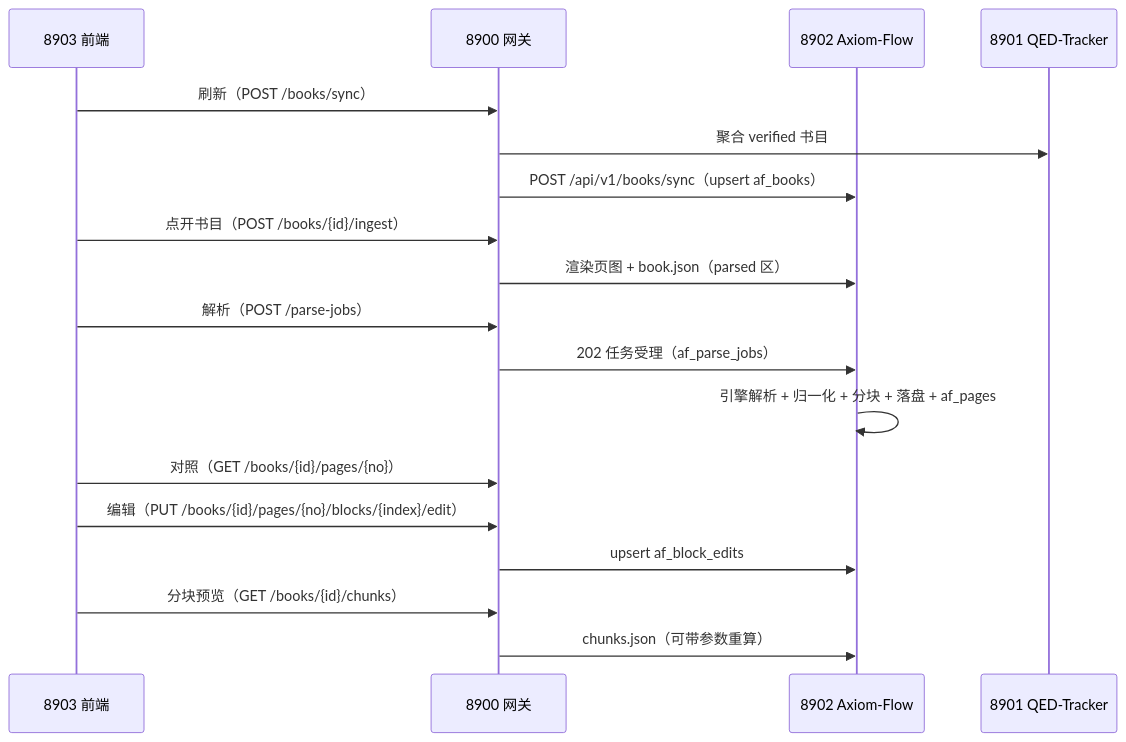
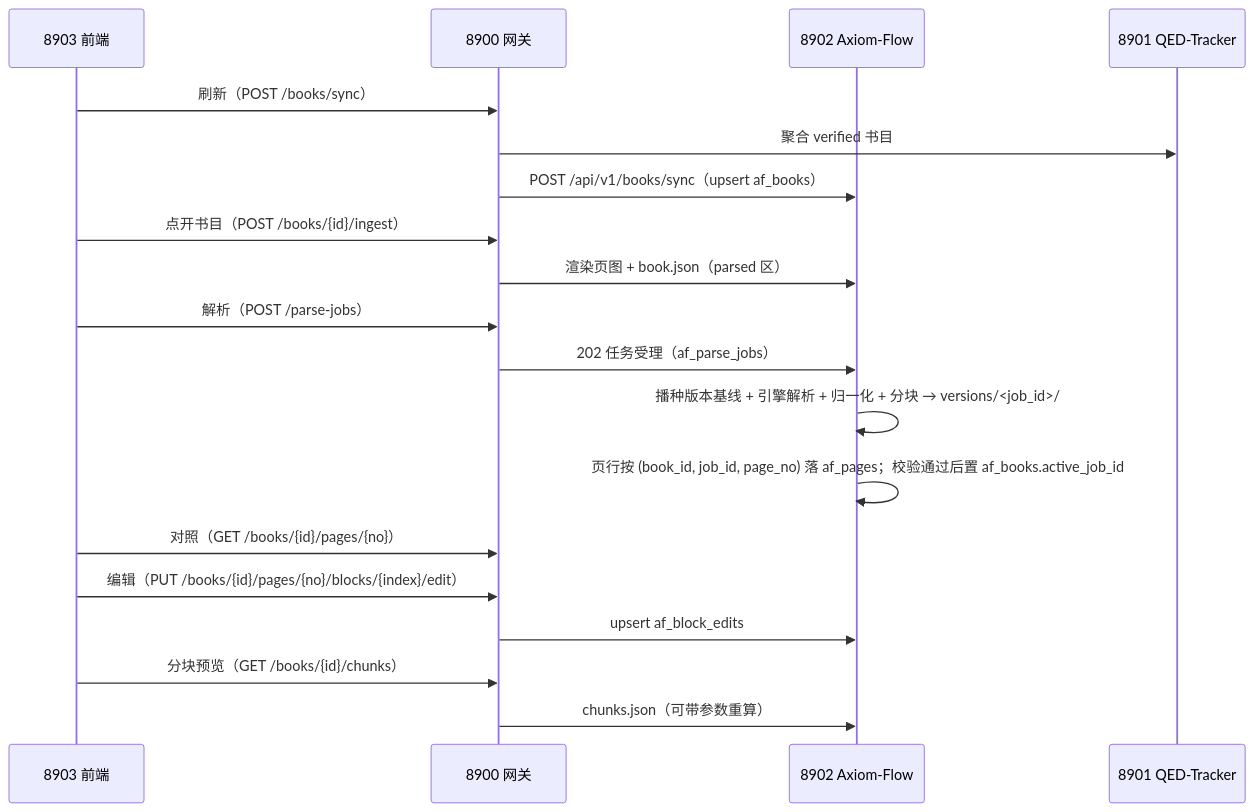
Before and after one commit to swfswf1234/Axiom-Flow: the diagram in docs/design/parsing-management.md, drawn with Mermaid. The commit also changed other lines of this file and 22 other files, not shown here.

First line of the commit message:
feat: 解析产物按 versions/<job_id> 划分并引入生效版本指针（PLAN-004 / REQ-080）

````diff
--- a/docs/design/parsing-management.md
+++ b/docs/design/parsing-management.md
@@ -39,20 +44,21 @@
 ```mermaid
 sequenceDiagram
     participant FE as 8903 前端
     participant GW as 8900 网关
     participant AX as 8902 Axiom-Flow
     participant TR as 8901 QED-Tracker
     FE->>GW: 刷新（POST /books/sync）
     GW->>TR: 聚合 verified 书目
     GW->>AX: POST /api/v1/books/sync（upsert af_books）
     FE->>GW: 点开书目（POST /books/{id}/ingest）
     GW->>AX: 渲染页图 + book.json（parsed 区）
     FE->>GW: 解析（POST /parse-jobs）
     GW->>AX: 202 任务受理（af_parse_jobs）
-    AX->>AX: 引擎解析 + 归一化 + 分块 + 落盘 + af_pages
+    AX->>AX: 播种版本基线 + 引擎解析 + 归一化 + 分块 → versions/<job_id>/
+    AX->>AX: 页行按 (book_id, job_id, page_no) 落 af_pages；校验通过后置 af_books.active_job_id
     FE->>GW: 对照（GET /books/{id}/pages/{no}）
     FE->>GW: 编辑（PUT /books/{id}/pages/{no}/blocks/{index}/edit）
     GW->>AX: upsert af_block_edits
     FE->>GW: 分块预览（GET /books/{id}/chunks）
     GW->>AX: chunks.json（可带参数重算）
 ```
````
